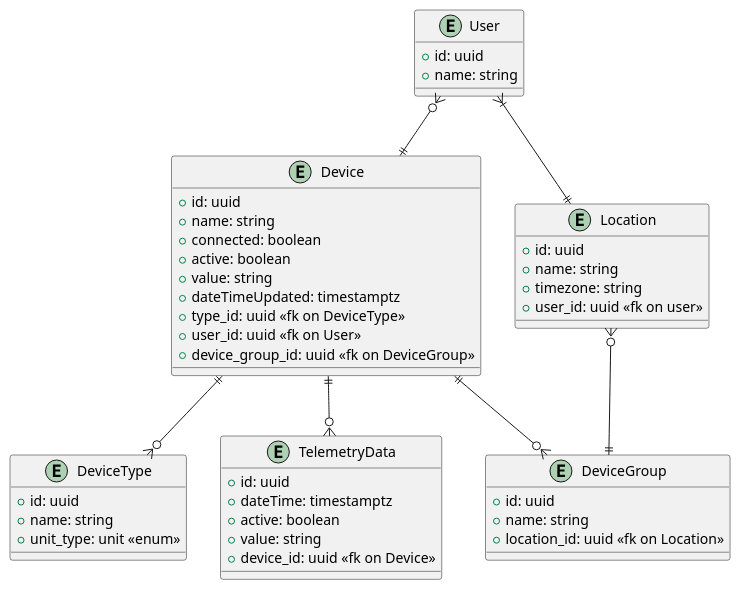
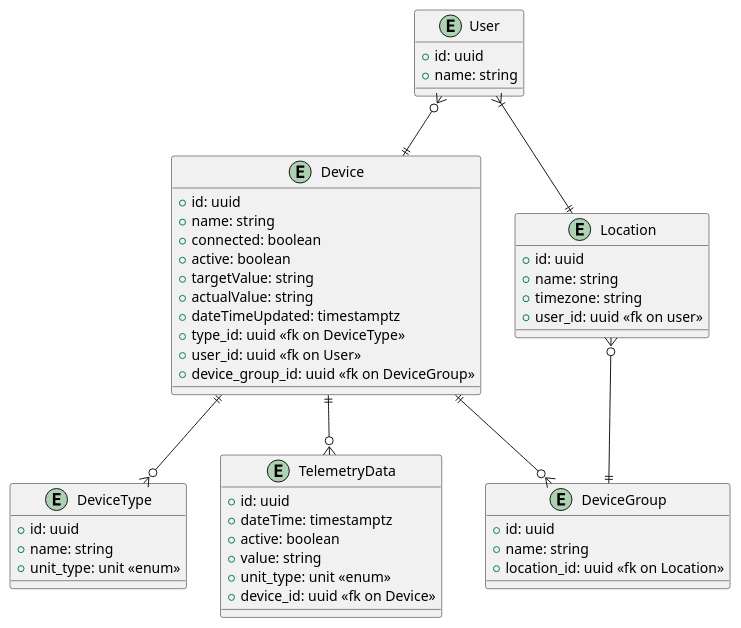
One commit to JohnnyKikman/architecture-pro-warmhouse changed the diagram in docs/diagrams/entity/Warmhouse_ER.puml. Above: the diagram before and after it, drawn with PlantUML. The commit also changed 4 other files, not shown here.

```diff
--- a/docs/diagrams/entity/Warmhouse_ER.puml
+++ b/docs/diagrams/entity/Warmhouse_ER.puml
@@ -1,60 +1,62 @@
 @startuml
 
 'Устройство
 entity Device {
     +id: uuid
     +name: string
     +connected: boolean
     +active: boolean
-    +value: string
+    +targetValue: string
+    +actualValue: string
     +dateTimeUpdated: timestamptz
     +type_id: uuid <<fk on DeviceType>>
     +user_id: uuid <<fk on User>>
     +device_group_id: uuid <<fk on DeviceGroup>>
 }
 
 'Тип устройства
 entity DeviceType {
     +id: uuid
     +name: string
     +unit_type: unit <<enum>>
 }
 
 'Пользователь
 entity User {
     +id: uuid
     +name: string
 }
 
 'Местоположение (например, "Дом", "Офис" и т.д.)
 entity Location {
     +id: uuid
     +name: string
     +timezone: string
     +user_id: uuid <<fk on user>>
 }
 
 'Группа устройств (например, "Гостиная", "Переговорная А" и т.д.)
 entity DeviceGroup {
     +id: uuid
     +name: string
     +location_id: uuid <<fk on Location>>
 }
 
 'Данные об устройстве в момент времени t
 entity TelemetryData {
     +id: uuid
     +dateTime: timestamptz
     +active: boolean
     +value: string
+    +unit_type: unit <<enum>>
     +device_id: uuid <<fk on Device>>
 }
 
 User }o--|| Device
 User }|--|| Location
 Location }o--|| DeviceGroup
 Device ||--o{ DeviceGroup
 Device ||--o{ DeviceType
 Device ||--o{ TelemetryData
 
 @enduml
```
